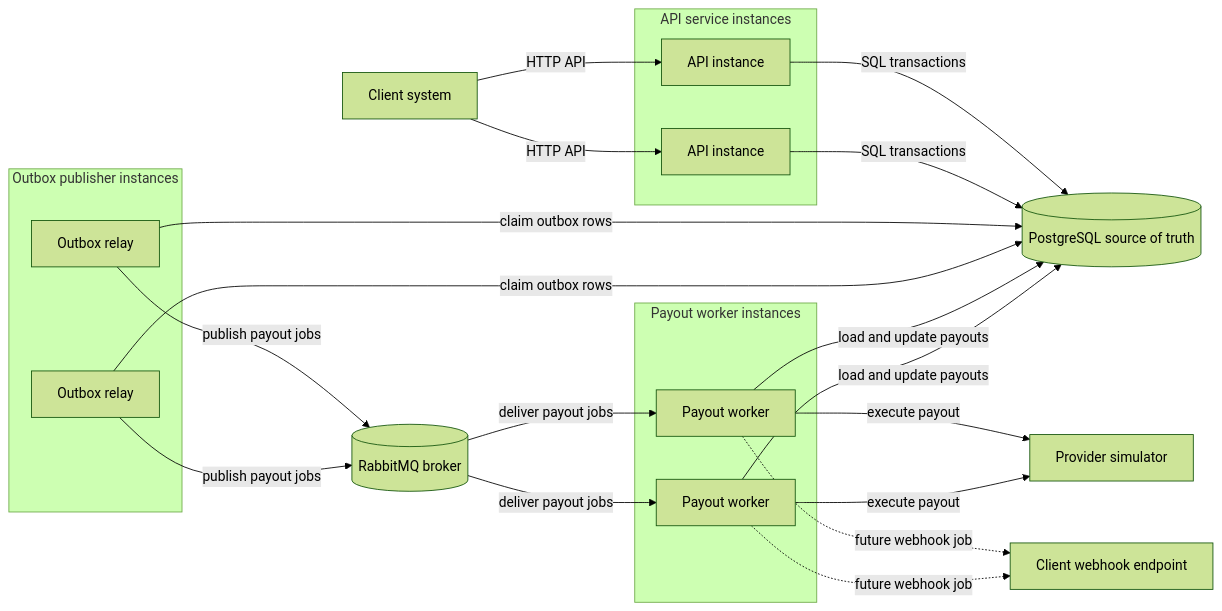
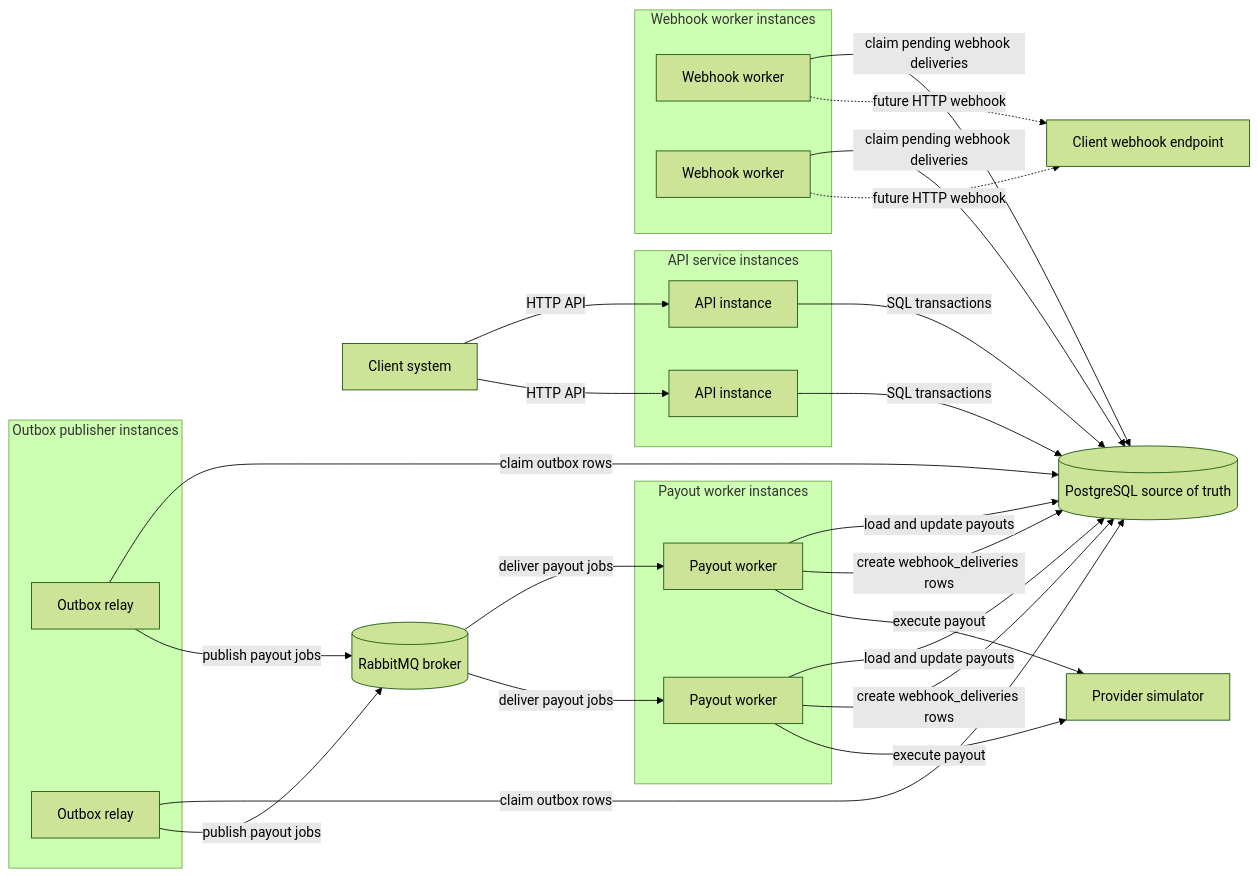
Before and after one commit to prxgr4mm3r/payout-orchestrator: the first of 4 diagrams in docs/design/payout_orchestrator_system_design.md, drawn with Mermaid (forest theme). The commit also changed other lines of this file and 2 other files, not shown here.

Commit message:
test: cover webhook job creation

````diff
--- a/docs/design/payout_orchestrator_system_design.md
+++ b/docs/design/payout_orchestrator_system_design.md
@@ -695,41 +697,50 @@
 ```mermaid
 flowchart LR
     ClientSystem[Client system]
 
     subgraph APIInstances[API service instances]
         API1[API instance]
         API2[API instance]
     end
 
     subgraph OutboxPublishers[Outbox publisher instances]
         Relay1[Outbox relay]
         Relay2[Outbox relay]
     end
 
     subgraph PayoutWorkers[Payout worker instances]
         Worker1[Payout worker]
         Worker2[Payout worker]
     end
 
+    subgraph WebhookWorkers[Webhook worker instances]
+        WebhookWorker1[Webhook worker]
+        WebhookWorker2[Webhook worker]
+    end
+
     Postgres[(PostgreSQL source of truth)]
     Rabbit[(RabbitMQ broker)]
     Provider[Provider simulator]
     WebhookTarget[Client webhook endpoint]
 
     ClientSystem -->|HTTP API| API1
     ClientSystem -->|HTTP API| API2
     API1 -->|SQL transactions| Postgres
     API2 -->|SQL transactions| Postgres
     Relay1 -->|claim outbox rows| Postgres
     Relay2 -->|claim outbox rows| Postgres
     Relay1 -->|publish payout jobs| Rabbit
     Relay2 -->|publish payout jobs| Rabbit
     Rabbit -->|deliver payout jobs| Worker1
     Rabbit -->|deliver payout jobs| Worker2
     Worker1 -->|load and update payouts| Postgres
     Worker2 -->|load and update payouts| Postgres
+    Worker1 -->|create webhook_deliveries rows| Postgres
+    Worker2 -->|create webhook_deliveries rows| Postgres
     Worker1 -->|execute payout| Provider
     Worker2 -->|execute payout| Provider
-    Worker1 -. future webhook job .-> WebhookTarget
-    Worker2 -. future webhook job .-> WebhookTarget
+    WebhookWorker1 -->|claim pending webhook deliveries| Postgres
+    WebhookWorker2 -->|claim pending webhook deliveries| Postgres
+    WebhookWorker1 -. future HTTP webhook .-> WebhookTarget
+    WebhookWorker2 -. future HTTP webhook .-> WebhookTarget
 ```
````
